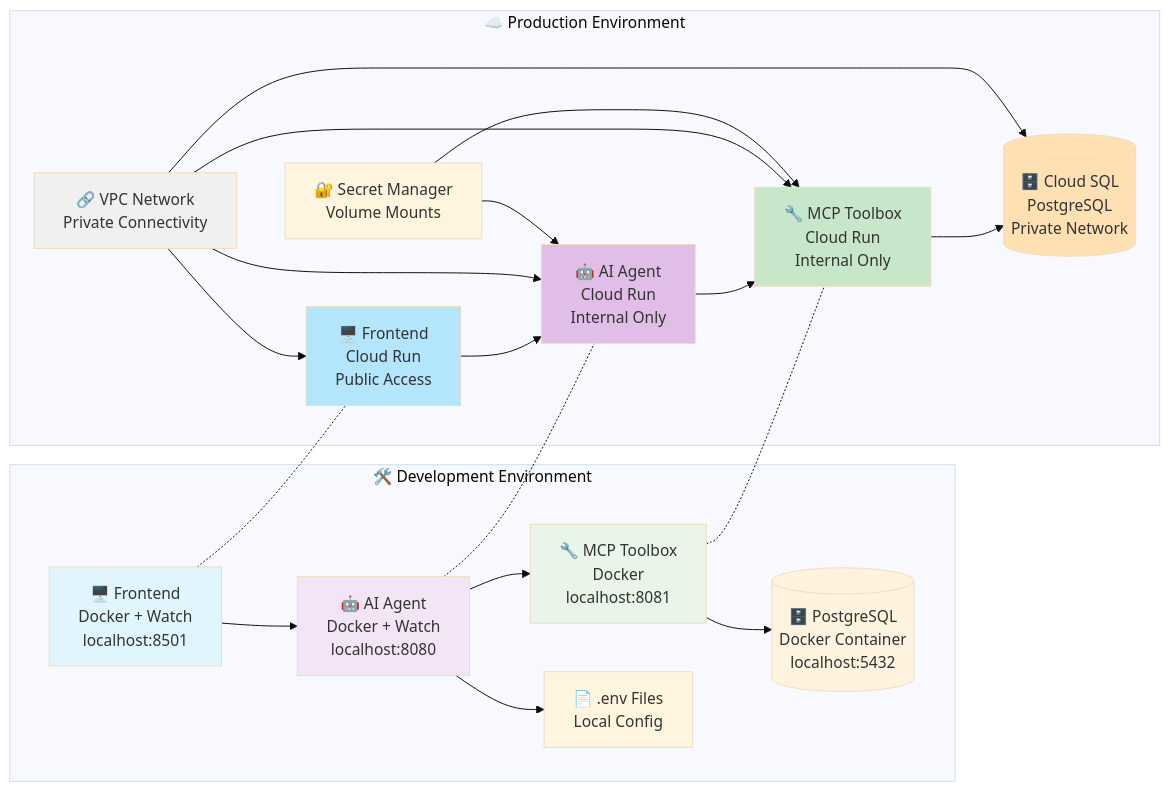
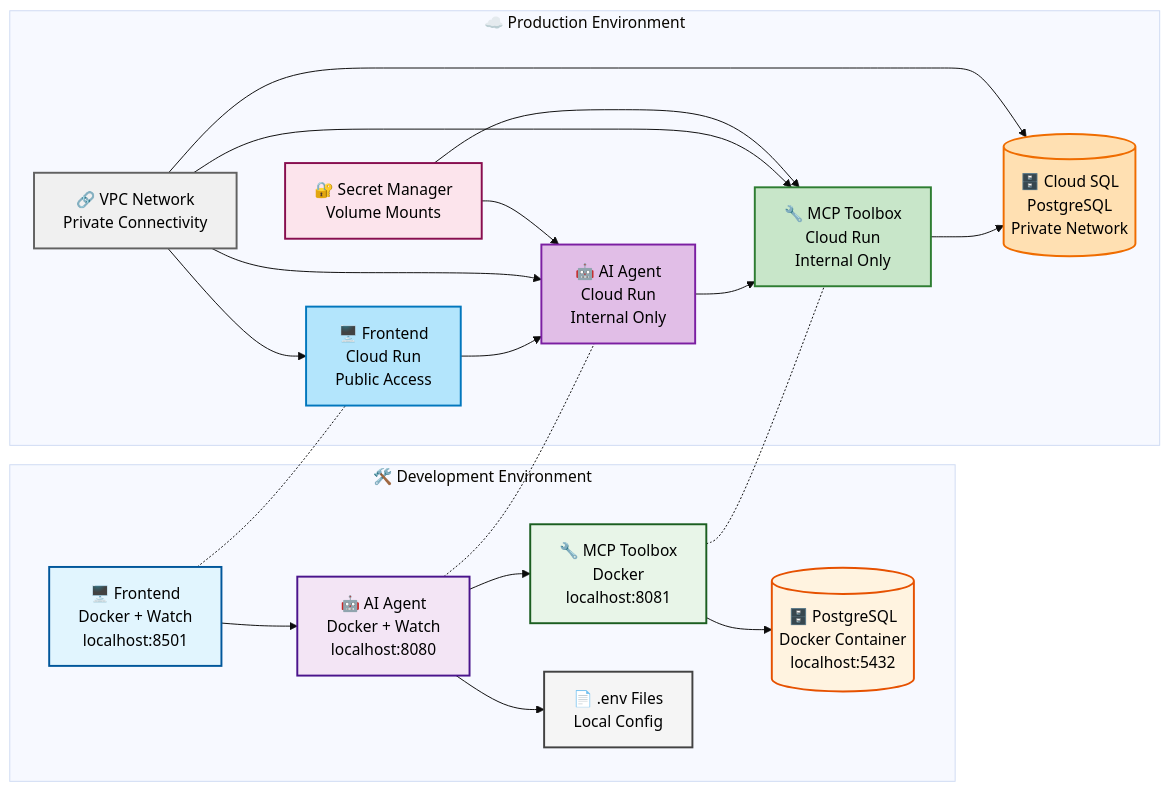
Before and after one commit to discoverlance-com/the-smart-corporate-search: the third of 6 diagrams in README.md, drawn with Mermaid (base theme). The commit also changed other lines of this file, not shown here.

Commit message:
fix: mermaid diagrams

````diff
--- a/README.md
+++ b/README.md
@@ -124,48 +124,50 @@
 ```mermaid
 flowchart LR
     subgraph "🛠️ Development Environment"
         DevFrontend[🖥️ Frontend<br/>Docker + Watch<br/>localhost:8501]
         DevAI[🤖 AI Agent<br/>Docker + Watch<br/>localhost:8080]
         DevMCP[🔧 MCP Toolbox<br/>Docker<br/>localhost:8081]
         DevDB[(🗄️ PostgreSQL<br/>Docker Container<br/>localhost:5432)]
         DevSecrets[📄 .env Files<br/>Local Config]
 
         DevFrontend --> DevAI
         DevAI --> DevMCP
         DevMCP --> DevDB
         DevAI --> DevSecrets
     end
 
     subgraph "☁️ Production Environment"
         ProdFrontend[🖥️ Frontend<br/>Cloud Run<br/>Public Access]
         ProdAI[🤖 AI Agent<br/>Cloud Run<br/>Internal Only]
         ProdMCP[🔧 MCP Toolbox<br/>Cloud Run<br/>Internal Only]
         ProdDB[(🗄️ Cloud SQL<br/>PostgreSQL<br/>Private Network)]
         ProdSecrets[🔐 Secret Manager<br/>Volume Mounts]
         ProdVPC[🔗 VPC Network<br/>Private Connectivity]
 
         ProdFrontend --> ProdAI
         ProdAI --> ProdMCP
         ProdMCP --> ProdDB
         ProdVPC --> ProdFrontend
         ProdVPC --> ProdAI
         ProdVPC --> ProdMCP
         ProdVPC --> ProdDB
         ProdSecrets --> ProdAI
         ProdSecrets --> ProdMCP
     end
 
     DevMCP -.- ProdMCP
     DevAI -.- ProdAI
     DevFrontend -.- ProdFrontend
 
-    style DevFrontend fill:#e1f5fe
-    style DevAI fill:#f3e5f5
-    style DevMCP fill:#e8f5e8
-    style DevDB fill:#fff3e0
-    style ProdFrontend fill:#b3e5fc
-    style ProdAI fill:#e1bee7
-    style ProdMCP fill:#c8e6c9
-    style ProdDB fill:#ffe0b2
-    style ProdVPC fill:#f0f0f0
+    style DevFrontend fill:#e1f5fe,stroke:#01579b,stroke-width:2px,color:#000
+    style DevAI fill:#f3e5f5,stroke:#4a148c,stroke-width:2px,color:#000
+    style DevMCP fill:#e8f5e8,stroke:#1b5e20,stroke-width:2px,color:#000
+    style DevDB fill:#fff3e0,stroke:#e65100,stroke-width:2px,color:#000
+    style DevSecrets fill:#f5f5f5,stroke:#424242,stroke-width:2px,color:#000
+    style ProdFrontend fill:#b3e5fc,stroke:#0277bd,stroke-width:2px,color:#000
+    style ProdAI fill:#e1bee7,stroke:#7b1fa2,stroke-width:2px,color:#000
+    style ProdMCP fill:#c8e6c9,stroke:#2e7d32,stroke-width:2px,color:#000
+    style ProdDB fill:#ffe0b2,stroke:#ef6c00,stroke-width:2px,color:#000
+    style ProdVPC fill:#f0f0f0,stroke:#616161,stroke-width:2px,color:#000
+    style ProdSecrets fill:#fce4ec,stroke:#880e4f,stroke-width:2px,color:#000
 ```
````
